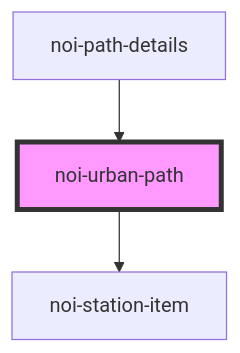
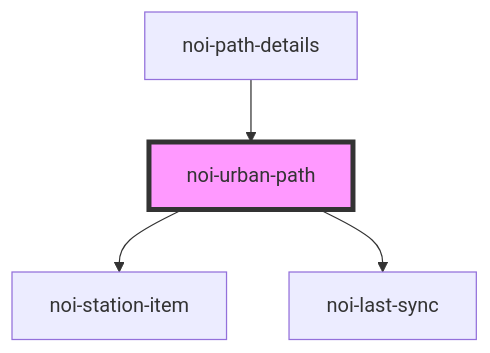
Before and after one commit to noi-techpark/webcomp-mobility-traffic: the diagram in src/blocks/urban-path/readme.md, drawn with Mermaid. The commit also changed other lines of this file and 13 other files, not shown here.

````diff
--- a/src/blocks/urban-path/readme.md
+++ b/src/blocks/urban-path/readme.md
@@ -19,6 +20,7 @@
 ```mermaid
 graph TD;
   noi-urban-path --> noi-station-item
+  noi-urban-path --> noi-last-sync
   noi-path-details --> noi-urban-path
   style noi-urban-path fill:#f9f,stroke:#333,stroke-width:4px
 ```
````
